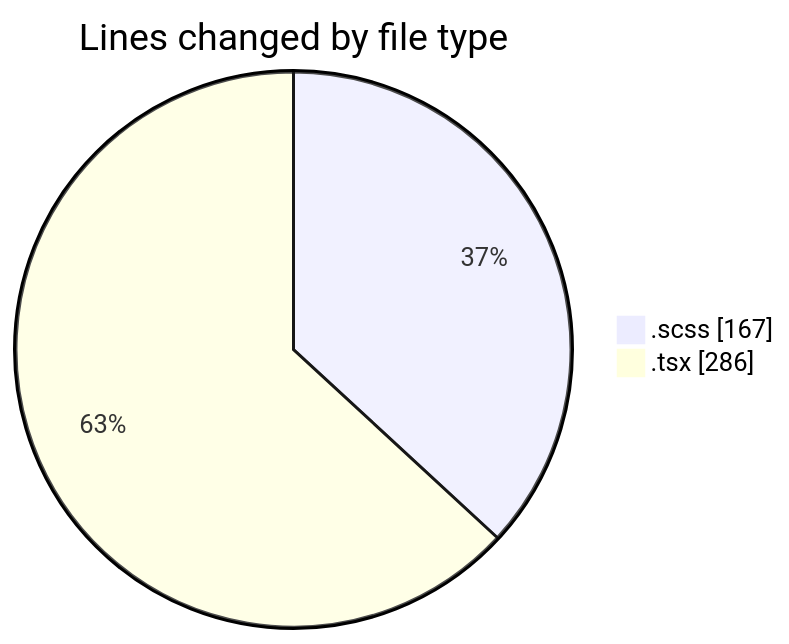
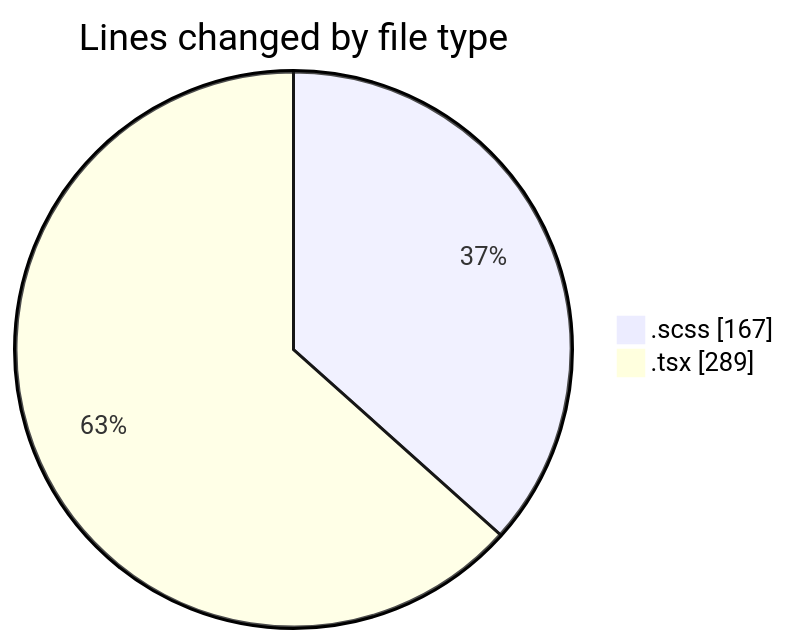
Before and after one commit to momahboobian/code-tracking: the first of 2 diagrams in 2025-07-10/cda/README.md, drawn with Mermaid. The commit also changed other lines of this file and 1 other file, not shown here.

````diff
--- a/2025-07-10/cda/README.md
+++ b/2025-07-10/cda/README.md
@@ -27,6 +28,6 @@
 ```mermaid
 pie showData
 title Lines changed by file type
 ".scss" : 167
-".tsx" : 286
+".tsx" : 289
 ```
````
